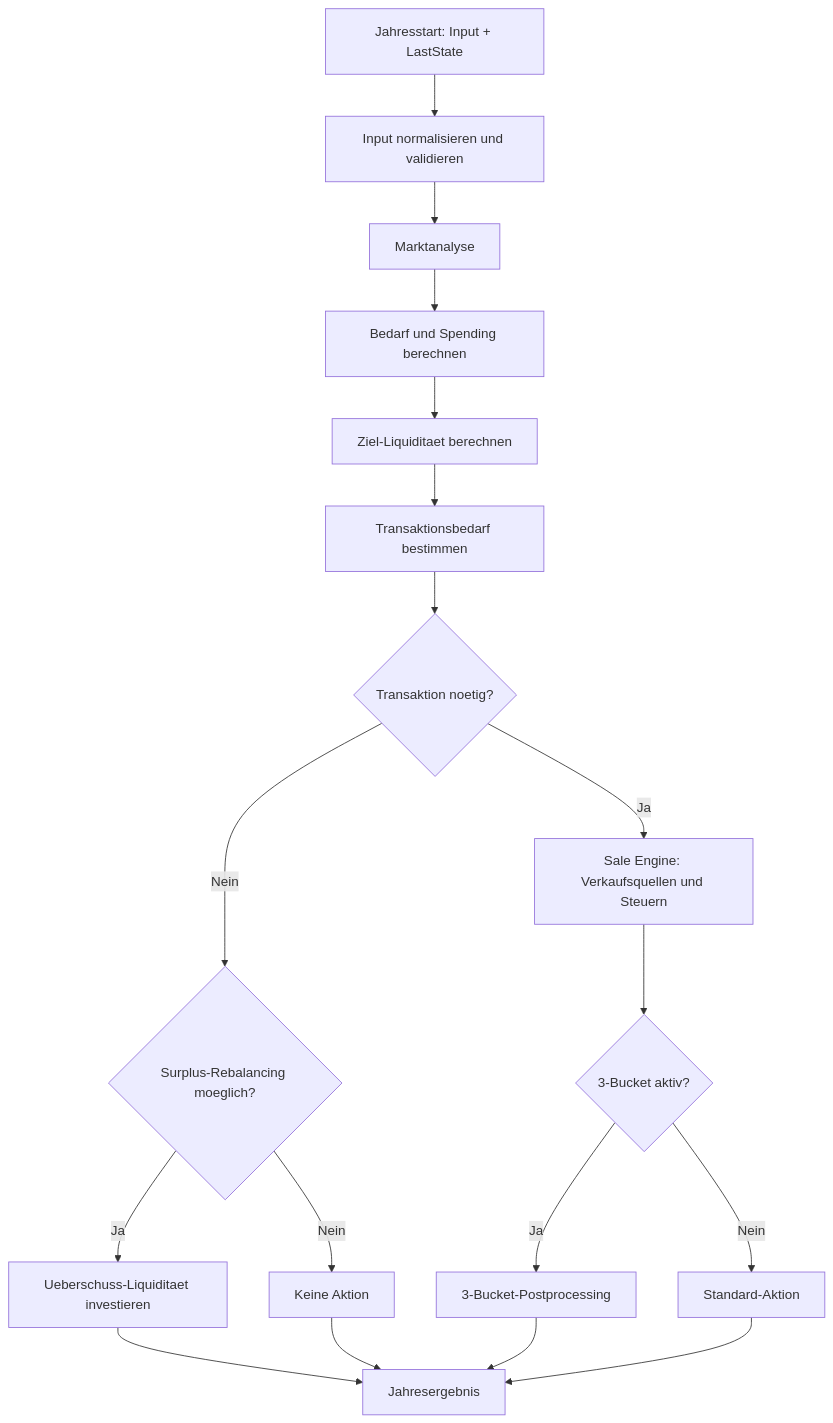
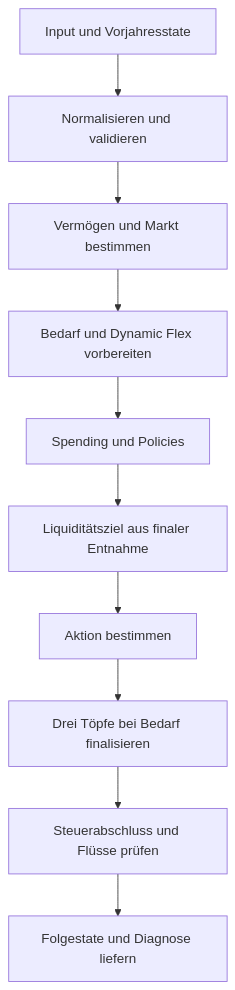
Before and after one commit to dieteresser62-lab/Vermoegen-und-Ruhestand: the first of 3 diagrams in docs/reference/ENGINE_DECISION_LOGIC.md, drawn with Mermaid. The commit also changed other lines of this file and 334 other files, not shown here.

````diff
--- a/docs/reference/ENGINE_DECISION_LOGIC.md
+++ b/docs/reference/ENGINE_DECISION_LOGIC.md
@@ -25,23 +11,12 @@
 ```mermaid
 flowchart TD
-    A["Jahresstart: Input + LastState"] --> B["Input normalisieren und validieren"]
-    B --> C["Marktanalyse"]
-    C --> D["Bedarf und Spending berechnen"]
-    D --> E["Ziel-Liquiditaet berechnen"]
-    E --> F["Transaktionsbedarf bestimmen"]
-    F --> G{"Transaktion noetig?"}
-
-    G -- "Nein" --> H{"Surplus-Rebalancing moeglich?"}
-    H -- "Ja" --> I["Ueberschuss-Liquiditaet investieren"]
-    H -- "Nein" --> J["Keine Aktion"]
-
-    G -- "Ja" --> K["Sale Engine: Verkaufsquellen und Steuern"]
-    K --> L{"3-Bucket aktiv?"}
-    L -- "Ja" --> M["3-Bucket-Postprocessing"]
-    L -- "Nein" --> N["Standard-Aktion"]
-
-    I --> O["Jahresergebnis"]
-    J --> O
-    M --> O
-    N --> O
+    A["Input und Vorjahresstate"] --> B["Normalisieren und validieren"]
+    B --> C["Vermögen und Markt bestimmen"]
+    C --> D["Bedarf und Dynamic Flex vorbereiten"]
+    D --> E["Spending und Policies"]
+    E --> F["Liquiditätsziel aus finaler Entnahme"]
+    F --> G["Aktion bestimmen"]
+    G --> H["Drei Töpfe bei Bedarf finalisieren"]
+    H --> I["Steuerabschluss und Flüsse prüfen"]
+    I --> J["Folgestate und Diagnose liefern"]
 ```
````
